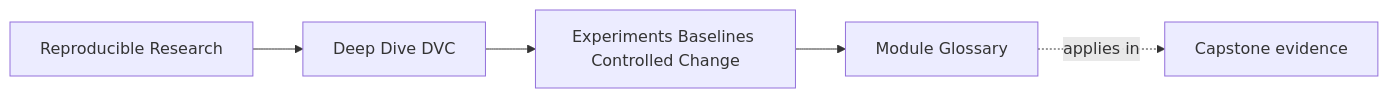
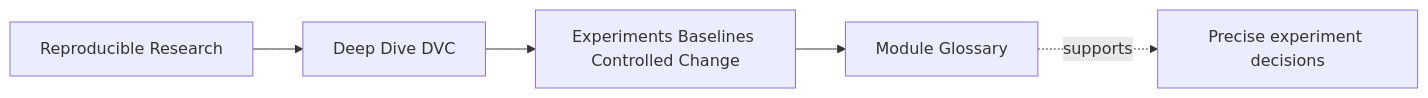
Before and after one commit to bijux/bijux-masterclass: the first of 3 diagrams in programs/reproducible-research/deep-dive-dvc/course-book/module-06-experiments-baselines-controlled-change/glossary.md, drawn with Mermaid. The commit also changed other lines of this file, not shown here.

Commit message:
docs(dvc): distinguish experiment uncertainty vocabulary

````diff
--- a/programs/reproducible-research/deep-dive-dvc/course-book/module-06-experiments-baselines-controlled-change/glossary.md
+++ b/programs/reproducible-research/deep-dive-dvc/course-book/module-06-experiments-baselines-controlled-change/glossary.md
@@ -7,11 +6,11 @@
 ```mermaid
 graph LR
   family["Reproducible Research"]
   program["Deep Dive DVC"]
   section["Experiments Baselines Controlled Change"]
   page["Module Glossary"]
-  capstone["Capstone evidence"]
+  decision["Precise experiment decisions"]
 
   family --> program --> section --> page
-  page -.applies in.-> capstone
+  page -.supports.-> decision
 ```
````
